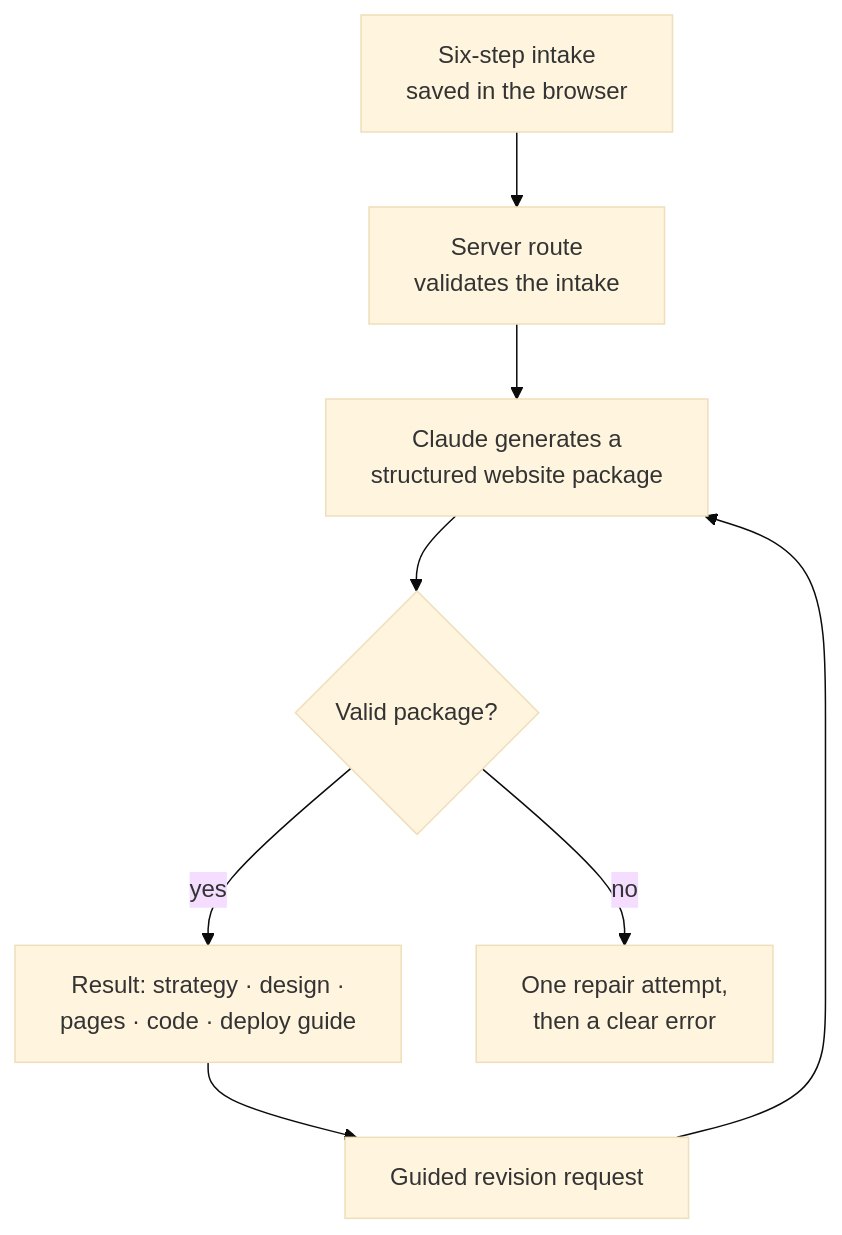
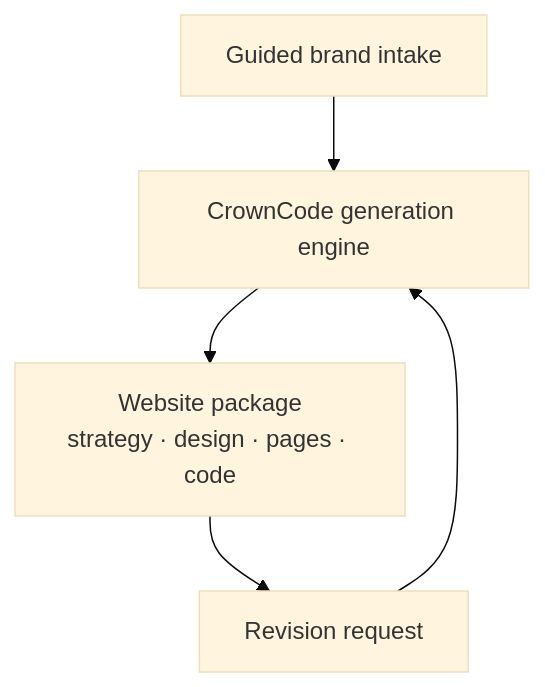
The diagram in README.md (DavisHiggins/CrownCode-AI), drawn with Mermaid (base theme) before and after one commit. The commit also changed other lines of this file and 7 other files, not shown here.

````diff
--- a/README.md
+++ b/README.md
@@ -46,9 +51,7 @@
 ```mermaid
 flowchart TB
-    I[Six-step intake<br/>saved in the browser] --> V[Server route<br/>validates the intake]
-    V --> C[Claude generates a<br/>structured website package]
-    C --> P{Valid package?}
-    P -- yes --> R[Result: strategy · design ·<br/>pages · code · deploy guide]
-    P -- no --> F[One repair attempt,<br/>then a clear error]
-    R --> RV[Guided revision request] --> C
+    I[Guided brand intake] --> E[CrownCode generation engine]
+    E --> R[Website package<br/>strategy · design · pages · code]
+    R --> V[Revision request]
+    V --> E
 ```
````
